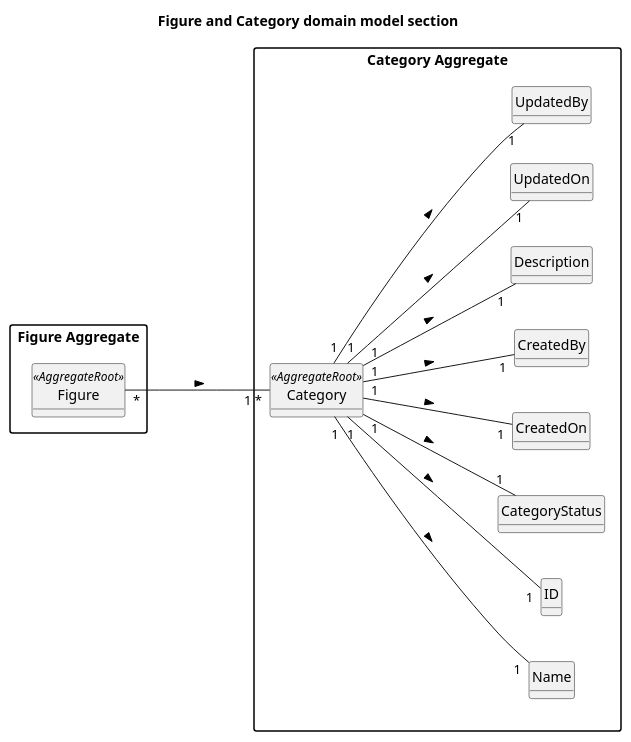
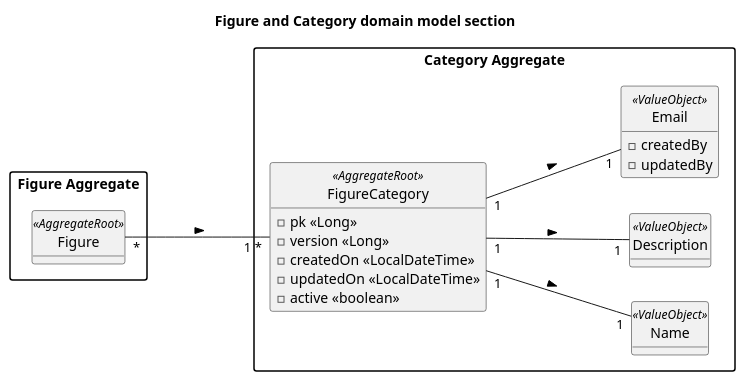
One commit to SAEmanuel/Shodrone_ISEP changed the diagram in docs/planning/sprint2/EAPLI/US245 - Add figure category/02.analysis/puml/us245-domain-model.puml. Above: the diagram before and after it, drawn with PlantUML. The commit also changed 3 other files, not shown here.

```diff
--- a/docs/planning/sprint2/EAPLI/US245 - Add figure category/02.analysis/puml/us245-domain-model.puml
+++ b/docs/planning/sprint2/EAPLI/US245 - Add figure category/02.analysis/puml/us245-domain-model.puml
@@ -1,61 +1,50 @@
 @startuml
 
 skinparam monochrome true
 skinparam packageStyle rectangle
 skinparam shadowing false
 left to right direction
 
 title Figure and Category domain model section
 
 hide circles
 hide methods
 
 package "Category Aggregate" {
 
-    class Category <<AggregateRoot>> {
+    class FigureCategory <<AggregateRoot>> {
+    - pk <<Long>>
+    - version <<Long>>
+    - createdOn <<LocalDateTime>>
+    - updatedOn <<LocalDateTime>>
+    - active <<boolean>>
     }
 
-    class Name {
+    class Name <<ValueObject>> {
     }
 
-    class ID {
+    class Description <<ValueObject>> {
     }
 
-    class CategoryStatus {
-    }
-
-    class CreatedOn {
-    }
-
-    class CreatedBy {
-    }
-
-    class Description {
-    }
-
-    class UpdatedOn {
-    }
-
-    class UpdatedBy {
+    class Email <<ValueObject>> {
+    - createdBy
+    - updatedBy
     }
 
 }
+
 
 package "Figure Aggregate" {
     class Figure <<AggregateRoot>> {
     }
 }
 
 
-    Figure "*" --- "1 *" Category : >
-    Category "1" --- "1" ID: >
-    Category "1" --- "1" Name: >
-    Category "1" --- "1" CategoryStatus: >
-    Category "1" --- "1" CreatedOn: >
-    Category "1" --- "1" CreatedBy: >
-    Category "1" --- "1" Description: >
-    Category "1" --- "1" UpdatedOn: >
-    Category "1" --- "1" UpdatedBy: >
+    Figure "*" --- "1 *" FigureCategory : >
+    FigureCategory "1" --- "1" Name: >
+    FigureCategory "1" --- "1" Description: >
+    FigureCategory "1" --- "1" Email: >
+
 
 
 @enduml
```
